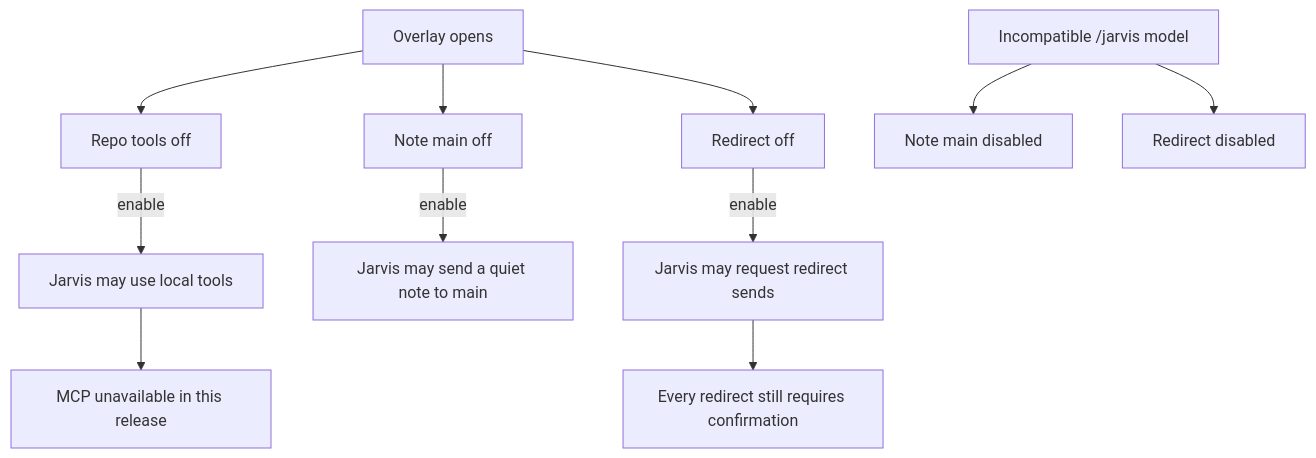
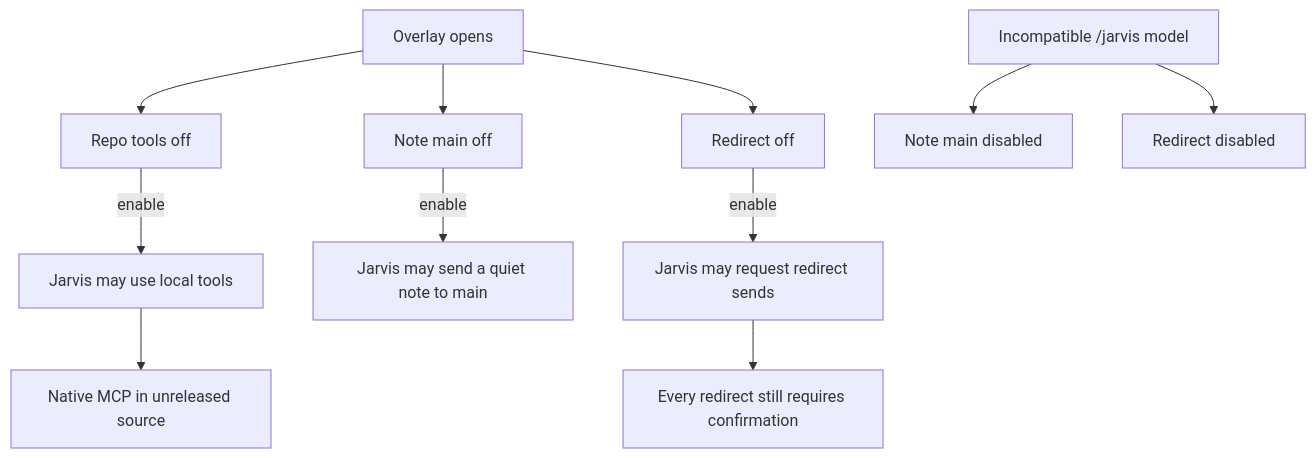
Before and after one commit to crustyhacker/pi-jarvis: the fourth of 5 diagrams in README.md, drawn with Mermaid. The commit also changed other lines of this file and 22 other files, not shown here.

Commit message:
Add permission-gated native MCP and release automation

````diff
--- a/README.md
+++ b/README.md
@@ -255,16 +255,16 @@
 ```mermaid
 flowchart TD
     A[Overlay opens] --> B[Repo tools off]
     A --> C[Note main off]
     A --> D[Redirect off]
 
     B -->|enable| E[Jarvis may use local tools]
-    E --> H[MCP unavailable in this release]
+    E --> H[Native MCP in unreleased source]
 
     C -->|enable| I[Jarvis may send a quiet note to main]
     D -->|enable| J[Jarvis may request redirect sends]
     J --> K[Every redirect still requires confirmation]
 
     L[Incompatible /jarvis model] --> M[Note main disabled]
     L --> N[Redirect disabled]
 ```
````
